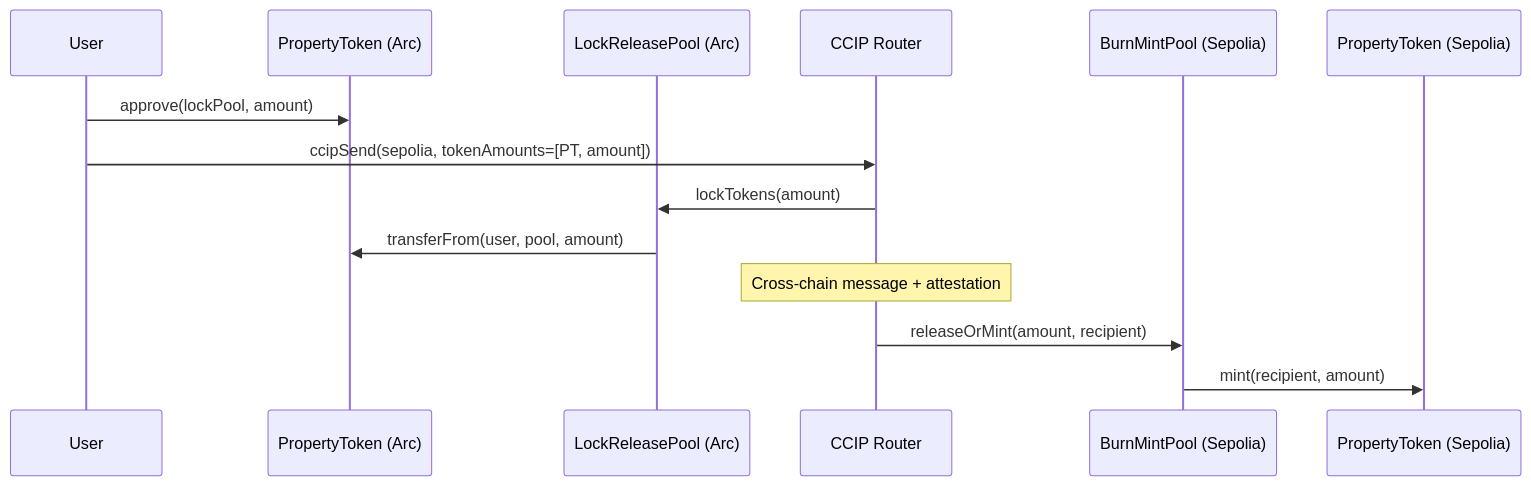
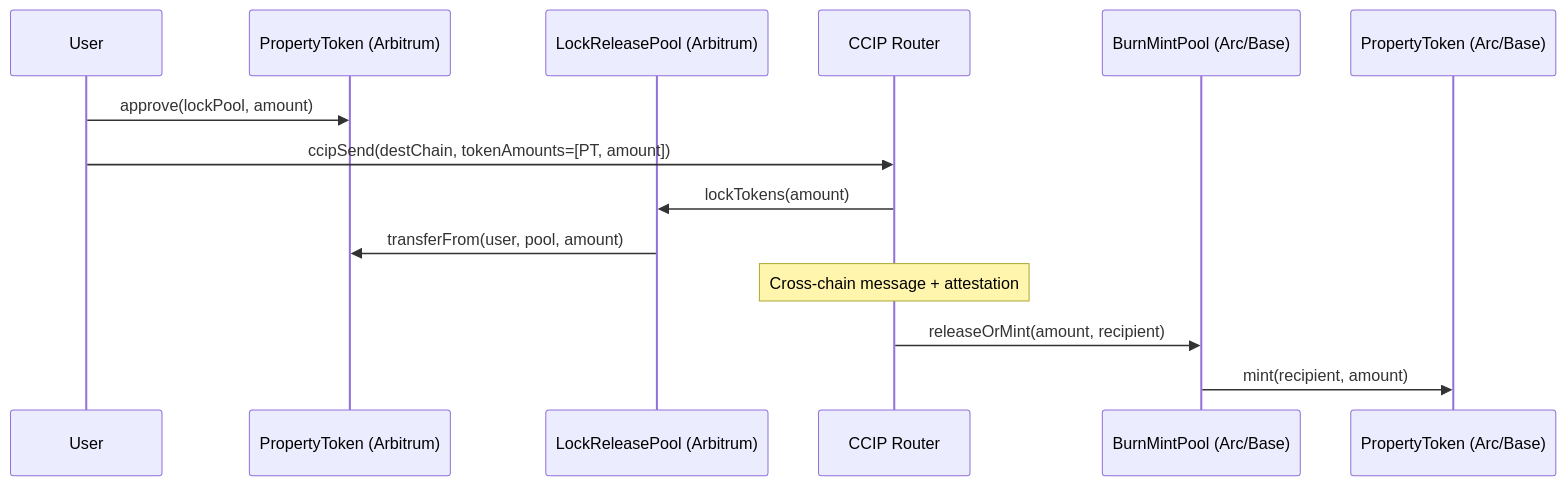
One commit to Commertize-Inc/token-contracts changed the diagram in docs/ccip-bridge.md. Above: the diagram before and after it, drawn with Mermaid. The commit also changed other lines of this file and 4 other files, not shown here.

First line of the commit message:
feat(contracts): Arbitrum home chain + CCIP bridge topology to Arc and Base

````diff
--- a/docs/ccip-bridge.md
+++ b/docs/ccip-bridge.md
@@ -20,17 +26,17 @@
 ```mermaid
 sequenceDiagram
     participant User
-    participant PT_Arc as PropertyToken (Arc)
-    participant Lock as LockReleasePool (Arc)
+    participant PT as PropertyToken (Arbitrum)
+    participant Lock as LockReleasePool (Arbitrum)
     participant CCIP as CCIP Router
-    participant Mint as BurnMintPool (Sepolia)
-    participant PT_Sep as PropertyToken (Sepolia)
+    participant Mint as BurnMintPool (Arc/Base)
+    participant PT_D as PropertyToken (Arc/Base)
 
-    User->>PT_Arc: approve(lockPool, amount)
-    User->>CCIP: ccipSend(sepolia, tokenAmounts=[PT, amount])
+    User->>PT: approve(lockPool, amount)
+    User->>CCIP: ccipSend(destChain, tokenAmounts=[PT, amount])
     CCIP->>Lock: lockTokens(amount)
-    Lock->>PT_Arc: transferFrom(user, pool, amount)
+    Lock->>PT: transferFrom(user, pool, amount)
     Note over CCIP: Cross-chain message + attestation
     CCIP->>Mint: releaseOrMint(amount, recipient)
-    Mint->>PT_Sep: mint(recipient, amount)
+    Mint->>PT_D: mint(recipient, amount)
 ```
````
